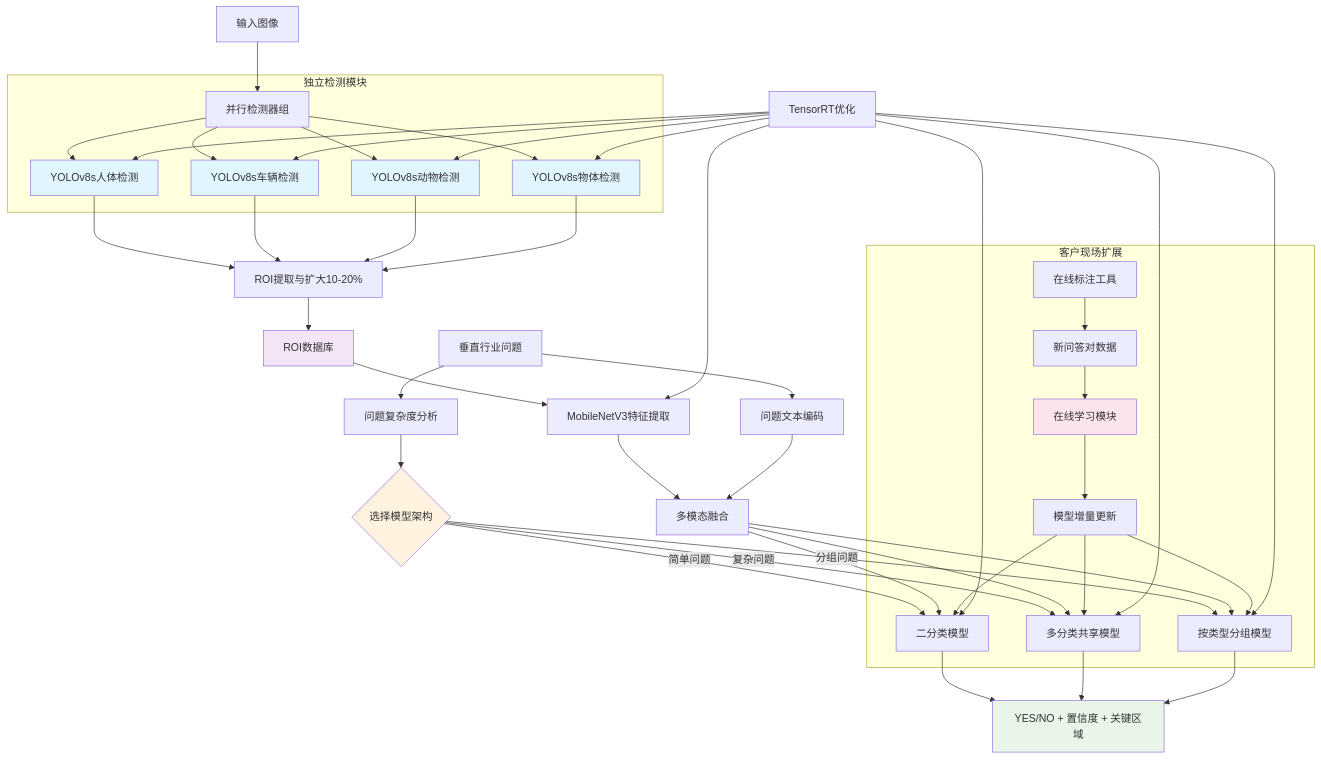
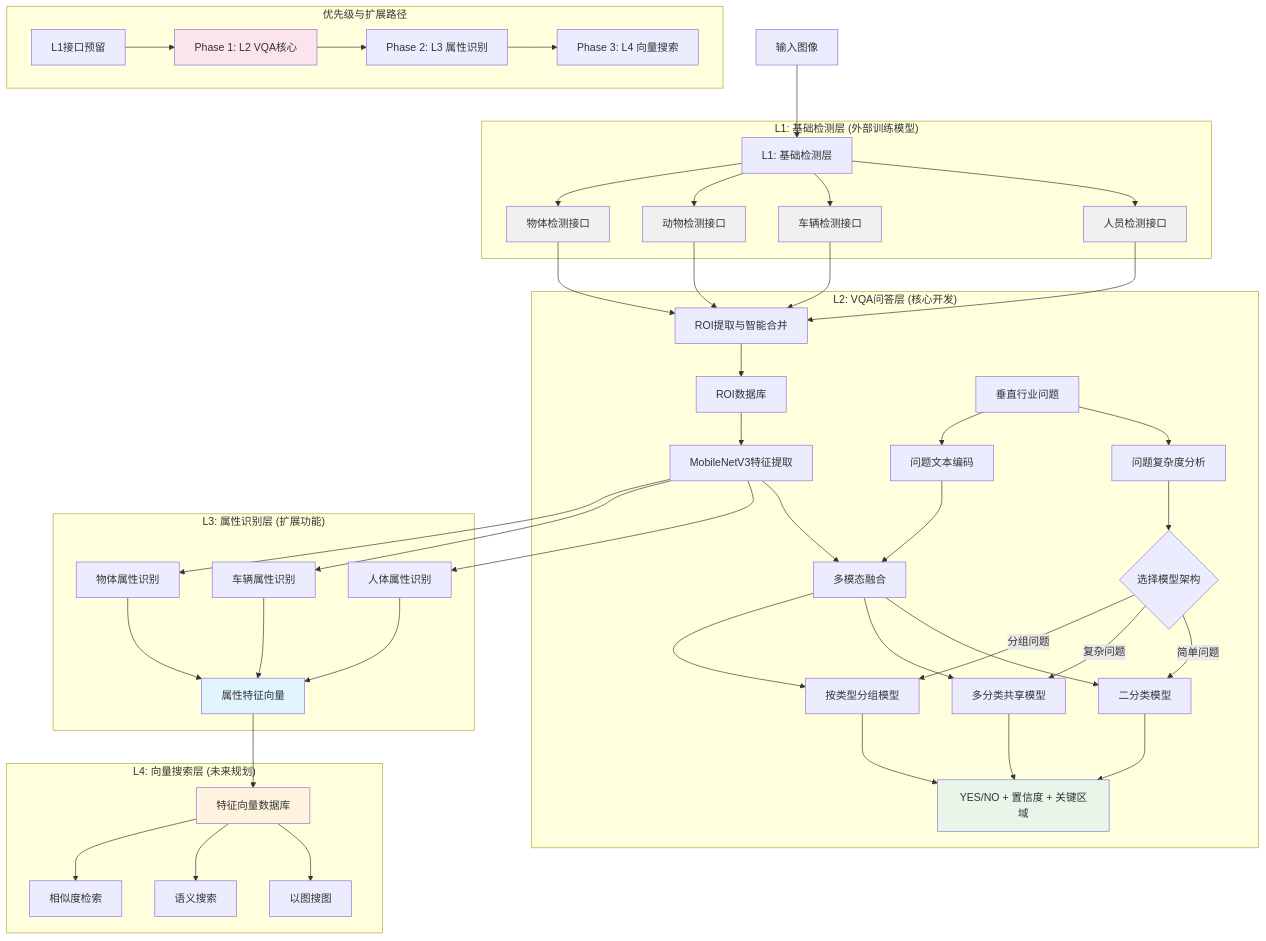
One commit to wangqiqi/SpeedVQA changed the second of 10 diagrams in .kiro/specs/fast-vqa-system/requirements.md. Above: the diagram before and after it, drawn with Mermaid. The commit also changed other lines of this file, not shown here.

````diff
--- a/.kiro/specs/fast-vqa-system/requirements.md
+++ b/.kiro/specs/fast-vqa-system/requirements.md
@@ -40,63 +48,68 @@
 ```mermaid
 graph TD
-    A[输入图像] --> B[并行检测器组]
+    A[输入图像] --> B[L1: 基础检测层]
     
-    subgraph "独立检测模块"
-        B --> C[YOLOv8s人体检测]
-        B --> D[YOLOv8s车辆检测]
-        B --> E[YOLOv8s动物检测]
-        B --> F[YOLOv8s物体检测]
+    subgraph "L1: 基础检测层 (外部训练模型)"
+        B --> C[人员检测接口]
+        B --> D[车辆检测接口]
+        B --> E[动物检测接口]
+        B --> F[物体检测接口]
     end
     
-    C --> G[ROI提取与扩大10-20%]
+    C --> G[ROI提取与智能合并]
     D --> G
     E --> G
     F --> G
     
-    G --> H[ROI数据库]
-    
-    I[垂直行业问题] --> J[问题复杂度分析]
-    J --> K{选择模型架构}
-    K -->|简单问题| L[二分类模型]
-    K -->|复杂问题| M[多分类共享模型]
-    K -->|分组问题| N[按类型分组模型]
-    
-    H --> O[MobileNetV3特征提取]
-    I --> P[问题文本编码]
-    O --> Q[多模态融合]
-    P --> Q
-    Q --> L
-    Q --> M
-    Q --> N
-    
-    L --> R[YES/NO + 置信度 + 关键区域]
-    M --> R
-    N --> R
-    
-    subgraph "客户现场扩展"
-        S[在线标注工具] --> T[新问答对数据]
-        T --> U[在线学习模块]
-        U --> V[模型增量更新]
-        V --> L
-        V --> M
-        V --> N
+    subgraph "L2: VQA问答层 (核心开发)"
+        G --> H[ROI数据库]
+        I[垂直行业问题] --> J[问题复杂度分析]
+        J --> K{选择模型架构}
+        K -->|简单问题| L[二分类模型]
+        K -->|复杂问题| M[多分类共享模型]
+        K -->|分组问题| N[按类型分组模型]
+        
+        H --> O[MobileNetV3特征提取]
+        I --> P[问题文本编码]
+        O --> Q[多模态融合]
+        P --> Q
+        Q --> L
+        Q --> M
+        Q --> N
+        
+        L --> R[YES/NO + 置信度 + 关键区域]
+        M --> R
+        N --> R
     end
     
-    W[TensorRT优化] --> C
-    W --> D
-    W --> E
-    W --> F
-    W --> O
-    W --> L
-    W --> M
-    W --> N
+    subgraph "L3: 属性识别层 (扩展功能)"
+        O --> S[人体属性识别]
+        O --> T[车辆属性识别]
+        O --> U[物体属性识别]
+        S --> V[属性特征向量]
+        T --> V
+        U --> V
+    end
     
-    style C fill:#e1f5fe
-    style D fill:#e1f5fe
-    style E fill:#e1f5fe
-    style F fill:#e1f5fe
-    style H fill:#f3e5f5
-    style K fill:#fff3e0
+    subgraph "L4: 向量搜索层 (未来规划)"
+        V --> W[特征向量数据库]
+        W --> X[以图搜图]
+        W --> Y[语义搜索]
+        W --> Z[相似度检索]
+    end
+    
+    subgraph "优先级与扩展路径"
+        AA[Phase 1: L2 VQA核心] --> BB[Phase 2: L3 属性识别]
+        BB --> CC[Phase 3: L4 向量搜索]
+        DD[L1接口预留] --> AA
+    end
+    
+    style C fill:#f0f0f0
+    style D fill:#f0f0f0
+    style E fill:#f0f0f0
+    style F fill:#f0f0f0
     style R fill:#e8f5e8
-    style U fill:#fce4ec
+    style V fill:#e1f5fe
+    style W fill:#fff3e0
+    style AA fill:#fce4ec
 ```
````
